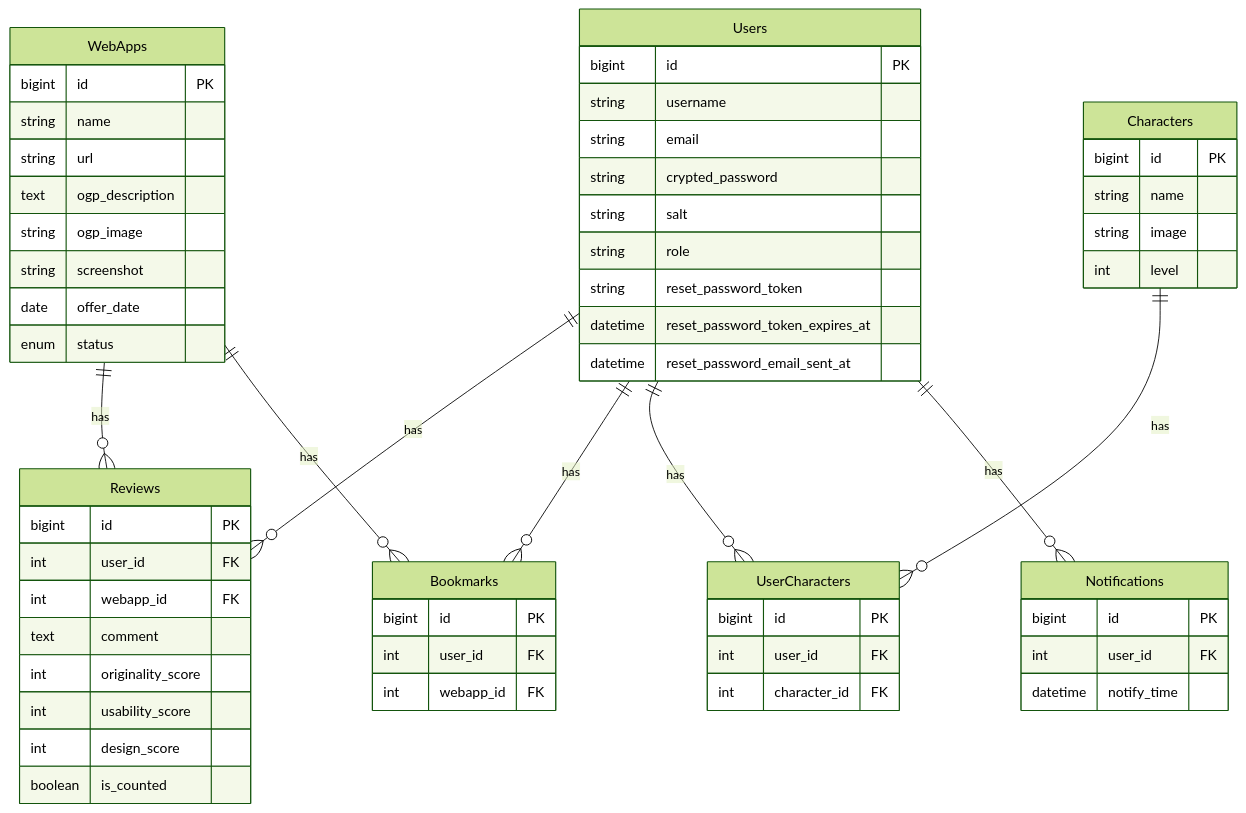
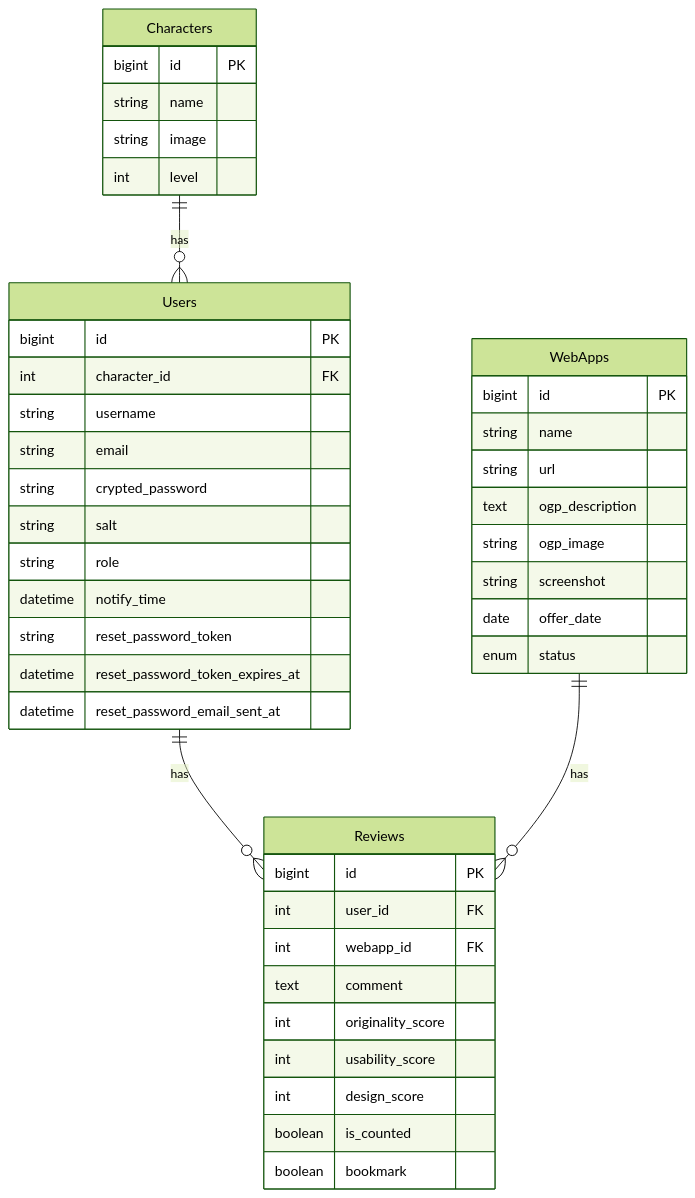
One commit to hiroshi-okimura/web_app_diary changed the diagram in README.md. Above: the diagram before and after it, drawn with Mermaid (forest theme).

Commit message:
fix: ER図の修正

````diff
--- a/README.md
+++ b/README.md
@@ -94,62 +94,46 @@
 ```mermaid
 erDiagram
   Users ||--o{ Reviews : has
-  Users ||--o{ Bookmarks : has
-  Users ||--o{ UserCharacters : has
-  Users ||--o{ Notifications : has
   WebApps ||--o{ Reviews : has
-  WebApps ||--o{ Bookmarks : has
-  Characters ||--o{ UserCharacters : has
+  Characters ||--o{ Users : has
   Users {
 	bigint id PK
+	int character_id FK
 	string username
 	string email
 	string crypted_password
 	string salt
 	string role
+	datetime notify_time
 	string reset_password_token
 	datetime reset_password_token_expires_at
 	datetime reset_password_email_sent_at
   }
   WebApps {
 	bigint id PK
 	string name
 	string url
 	text ogp_description
 	string ogp_image
 	string screenshot
 	date offer_date
 	enum status
   }
   Reviews {
 	bigint id PK
 	int user_id FK
 	int webapp_id FK
 	text comment
 	int originality_score
 	int usability_score
 	int design_score
 	boolean is_counted
-  }
-  Bookmarks {
-	bigint id PK
-	int user_id FK
-	int webapp_id FK
+	boolean bookmark
   }
   Characters {
 	bigint id PK
 	string name
 	string image
 	int level
   }
-  UserCharacters {
-	bigint id PK
-	int user_id FK
-	int character_id FK
-  }
-  Notifications {
-	bigint id PK
-	int user_id FK
-	datetime notify_time
-  }
 ```
````
